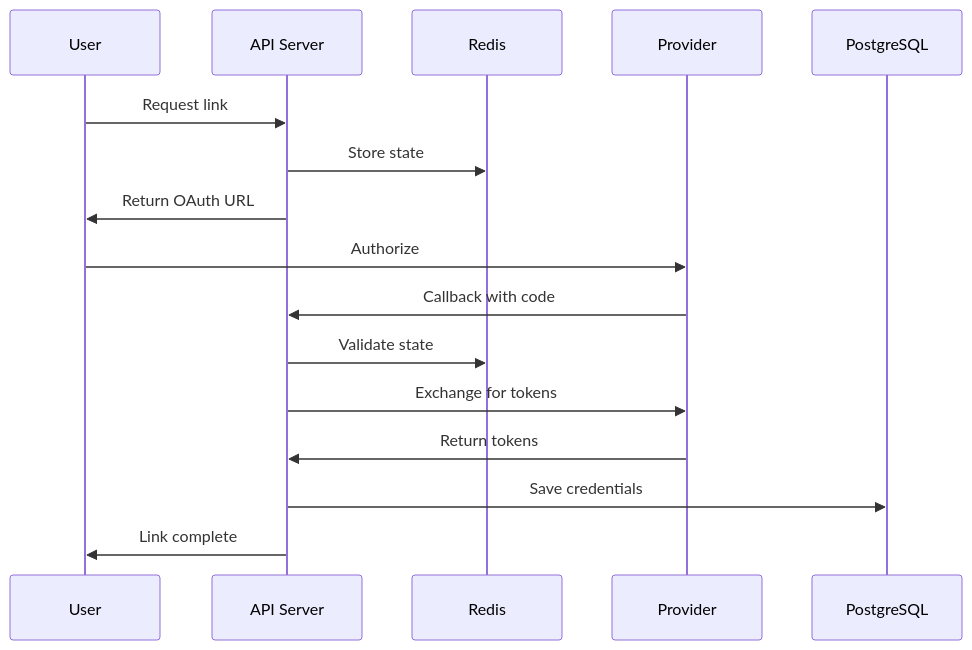
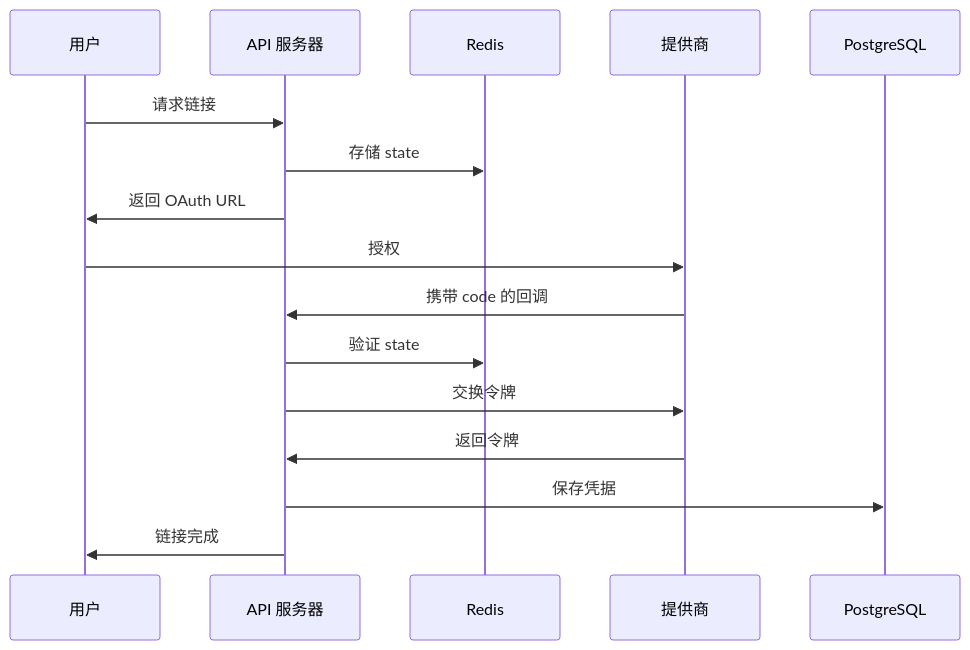
The second of 3 diagrams in zh/concepts/architecture.mdx (thetahealth/mirobody-health-docs), drawn with Mermaid before and after one commit. The commit also changed other lines of this file and 31 other files, not shown here.

````diff
--- a/zh/concepts/architecture.mdx
+++ b/zh/concepts/architecture.mdx
@@ -181,19 +181,19 @@
 ```mermaid
 sequenceDiagram
-    participant U as User
-    participant API as API Server
+    participant U as 用户
+    participant API as API 服务器
     participant R as Redis
-    participant P as Provider
+    participant P as 提供商
     participant DB as PostgreSQL
 
-    U->>API: Request link
-    API->>R: Store state
-    API->>U: Return OAuth URL
-    U->>P: Authorize
-    P->>API: Callback with code
-    API->>R: Validate state
-    API->>P: Exchange for tokens
-    P->>API: Return tokens
-    API->>DB: Save credentials
-    API->>U: Link complete
+    U->>API: 请求链接
+    API->>R: 存储 state
+    API->>U: 返回 OAuth URL
+    U->>P: 授权
+    P->>API: 携带 code 的回调
+    API->>R: 验证 state
+    API->>P: 交换令牌
+    P->>API: 返回令牌
+    API->>DB: 保存凭据
+    API->>U: 链接完成
 ```
````
